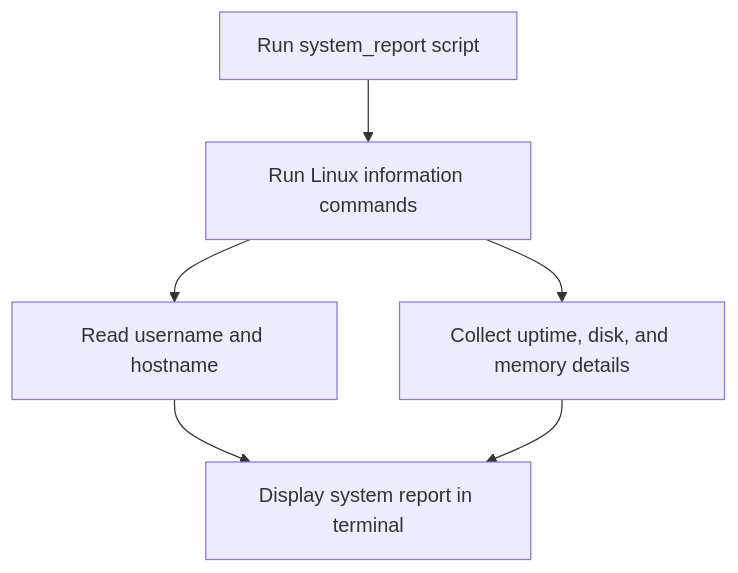
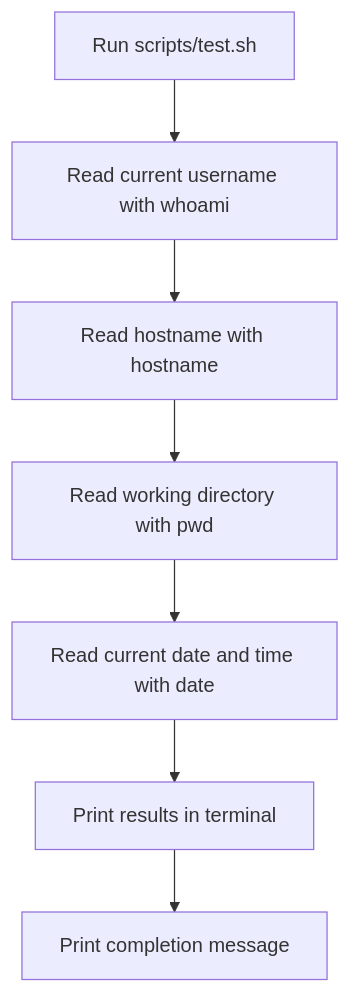
Before and after one commit to danielukorie-debug/linux-lab: the diagram in README.md, drawn with Mermaid. The commit also changed other lines of this file, not shown here.

Commit message:
Fix Linux system report workflow diagram

````diff
--- a/README.md
+++ b/README.md
@@ -58,13 +58,17 @@
 ```mermaid
 flowchart TD
-    Start[Run system_report script]
-    Collect[Run Linux information commands]
-    User[Read username and hostname]
-    System[Collect uptime, disk, and memory details]
-    Report[Display system report in terminal]
-    Start --> Collect
-    Collect --> User
-    Collect --> System
-    User --> Report
-    System --> Report
+    Start[Run scripts/test.sh]
+    User[Read current username with whoami]
+    Host[Read hostname with hostname]
+    Directory[Read working directory with pwd]
+    Date[Read current date and time with date]
+    Display[Print results in terminal]
+    Done[Print completion message]
+
+    Start --> User
+    User --> Host
+    Host --> Directory
+    Directory --> Date
+    Date --> Display
+    Display --> Done
 ```
````
